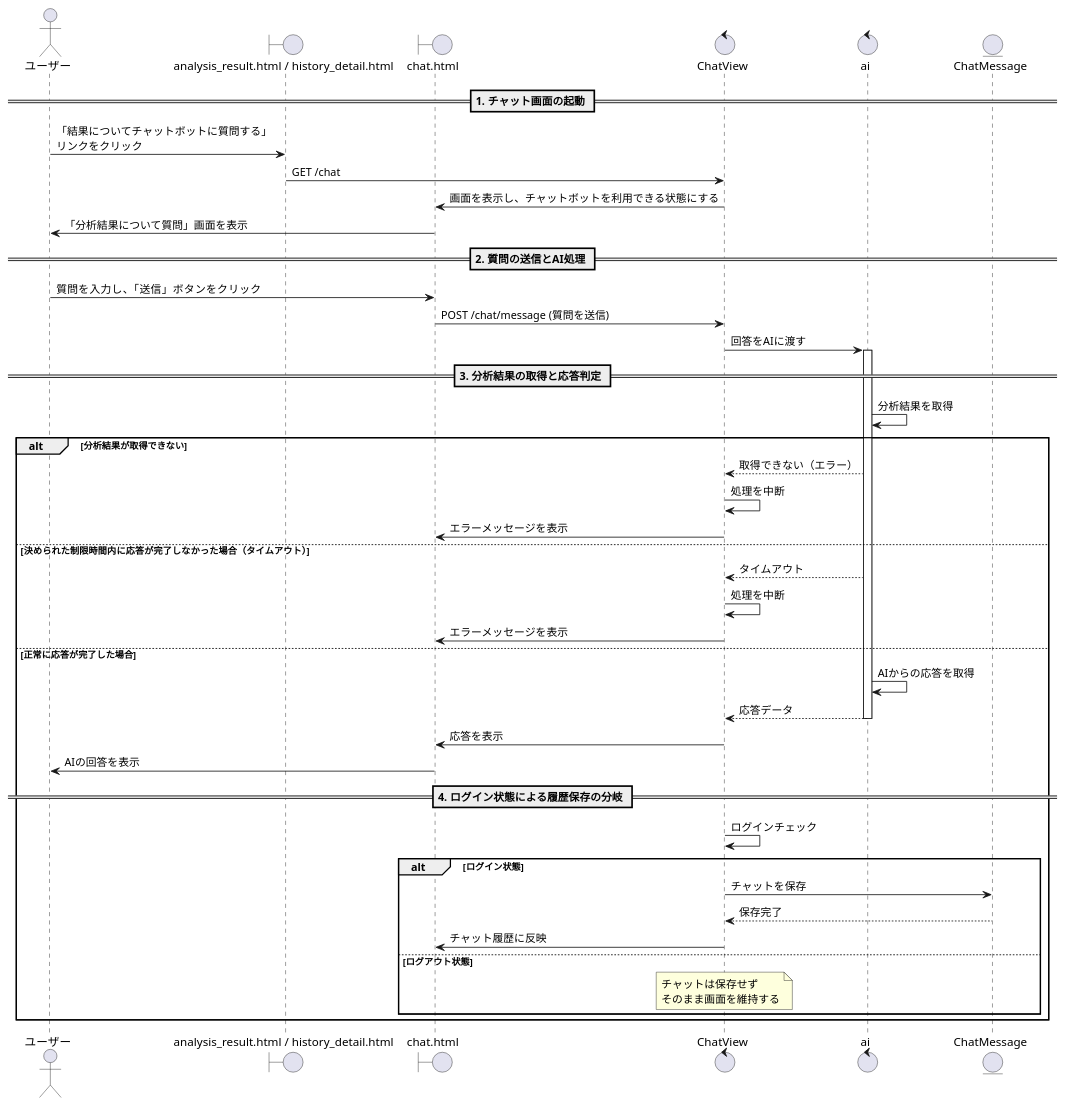
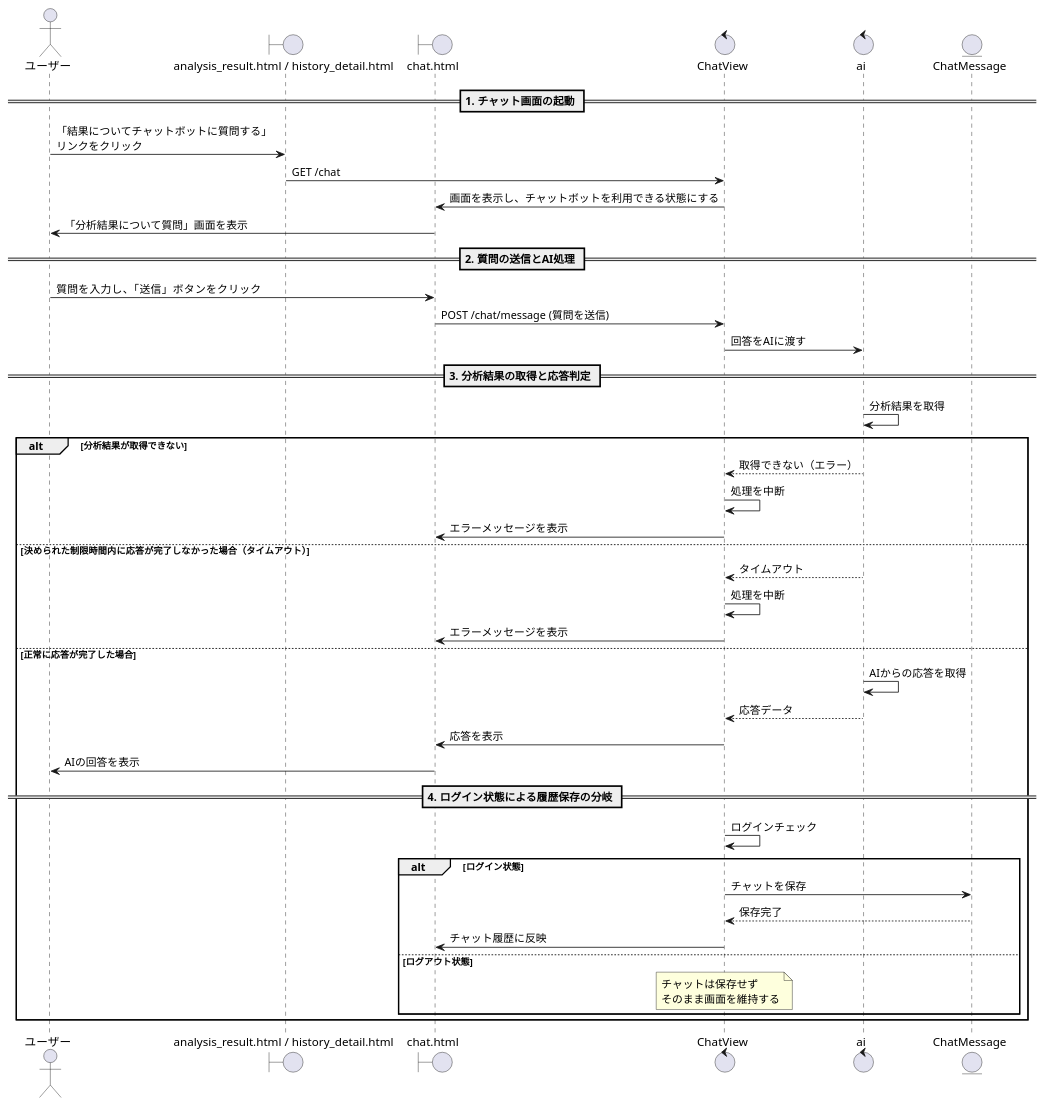
Before and after one commit to Kotarou-Tanoue/tanouesoftware: the diagram in 20_システム設計書/sequence/chat.puml, drawn with PlantUML.

Commit message:
わほ

```diff
--- a/20_システム設計書/sequence/chat.puml
+++ b/20_システム設計書/sequence/chat.puml
@@ -1,55 +1,53 @@
 @startuml 分析結果についての質問
 
     actor "ユーザー" as a1
     boundary "analysis_result.html / history_detail.html" as b1
     boundary "chat.html" as b2
     control "ChatView" as c1
-    control "ai" as s1
+    control "ai"
     entity "ChatMessage" as e1
 
     == 1. チャット画面の起動 ==
     a1 -> b1 : 「結果についてチャットボットに質問する」\nリンクをクリック
     b1 -> c1 : GET /chat
     c1 -> b2 : 画面を表示し、チャットボットを利用できる状態にする
     b2 -> a1 : 「分析結果について質問」画面を表示
 
     == 2. 質問の送信とAI処理 ==
     a1 -> b2 : 質問を入力し、「送信」ボタンをクリック
     b2 -> c1 : POST /chat/message (質問を送信)
-    c1 -> s1 : 回答をAIに渡す
-    activate s1
+    c1 -> ai : 回答をAIに渡す
 
     == 3. 分析結果の取得と応答判定 ==
-    s1 -> s1 : 分析結果を取得
+    ai -> ai : 分析結果を取得
 
     alt 分析結果が取得できない
-        s1 --> c1 : 取得できない（エラー）
+        ai --> c1 : 取得できない（エラー）
         c1 -> c1 : 処理を中断
         c1 -> b2 : エラーメッセージを表示
 
     else 決められた制限時間内に応答が完了しなかった場合（タイムアウト）
-        s1 --> c1 : タイムアウト
+        ai --> c1 : タイムアウト
         c1 -> c1 : 処理を中断
         c1 -> b2 : エラーメッセージを表示
 
     else 正常に応答が完了した場合
-        s1 -> s1 : AIからの応答を取得
-        s1 --> c1 : 応答データ
-        deactivate s1
+        ai -> ai : AIからの応答を取得
+        ai --> c1 : 応答データ
 
         c1 -> b2 : 応答を表示
         b2 -> a1 : AIの回答を表示
 
         == 4. ログイン状態による履歴保存の分岐 ==
         c1 -> c1 : ログインチェック
 
         alt ログイン状態
             c1 -> e1 : チャットを保存
             e1 --> c1 : 保存完了
             c1 -> b2 : チャット履歴に反映
         else ログアウト状態
             note over c1 : チャットは保存せず\nそのまま画面を維持する
         end
     end
 
 @enduml
```
